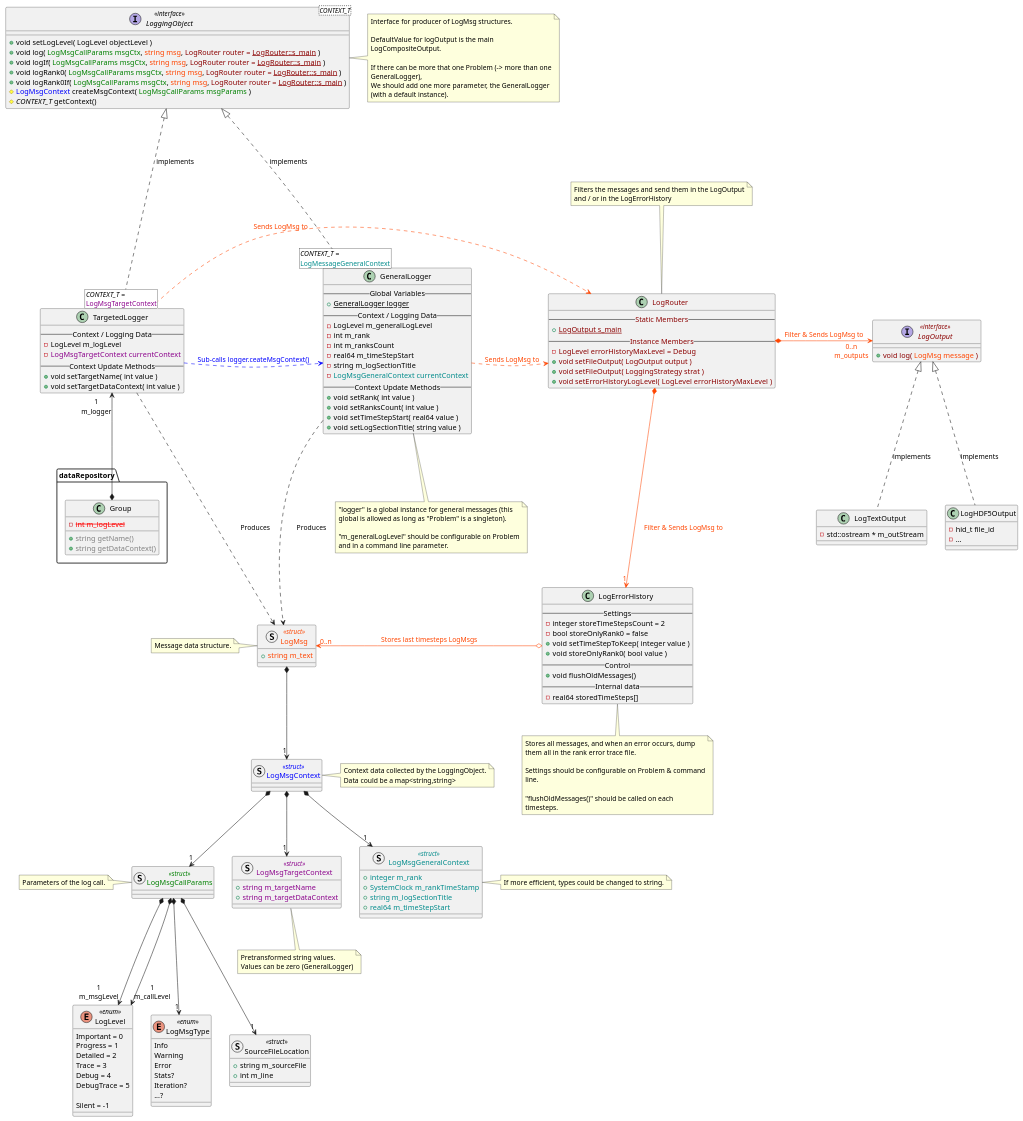
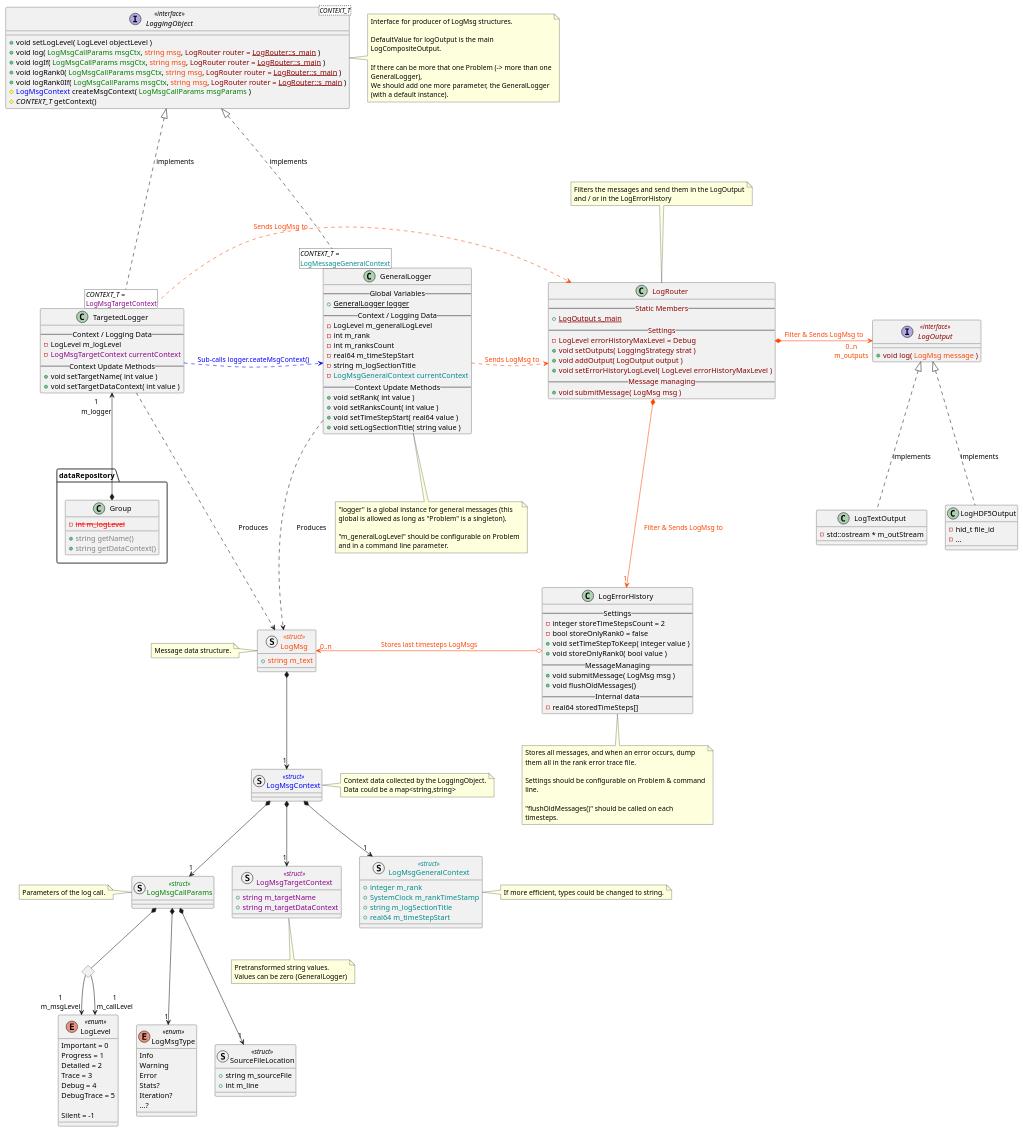
Before and after one commit to GEOS-DEV/GEOS: the diagram in src/coreComponents/common/Logger_templatedLoggingObject.plantuml, drawn with PlantUML.

Commit message:
architecture : adding router message submitting

```diff
--- a/src/coreComponents/common/Logger_templatedLoggingObject.plantuml
+++ b/src/coreComponents/common/Logger_templatedLoggingObject.plantuml
@@ -67,9 +67,10 @@
 
 LogMsgCallParams *---> "1" SourceFileLocation
 LogMsgCallParams *---> "1" LogMsgType
-' LogMsgCallParams *--> "1 m_callLevel\n1 m_msgLevel" LogLevel
-LogMsgCallParams *-d--> "1\nm_msgLevel" LogLevel
-LogMsgCallParams *-d--> "1\nm_callLevel" LogLevel
+<> LogMsgCallParamsLogLevels
+LogMsgCallParams *-- LogMsgCallParamsLogLevels
+LogMsgCallParamsLogLevels --> "1\nm_msgLevel" LogLevel
+LogMsgCallParamsLogLevels --> "1\nm_callLevel" LogLevel
 LogMsgContext *--> "1" LogMsgCallParams
 LogMsgContext *--> "1" LogMsgGeneralContext
 LogMsgContext *--> "1" LogMsgTargetContext
@@ -80,12 +81,6 @@
 
 LogLevel ---r[hidden]- LogMsgType
 LogMsgType ---r[hidden]- SourceFileLocation
-' SourceFileLocation --r[hidden]- LogLevel
-' LogLevel --r[hidden]- LogMsgType
-' LogMsgType --r[hidden]- LogLevel
-' LogLevel --r[hidden]- SourceFileLocation
-' SourceFileLocation --r[hidden]- LogMsgType
-' LogMsgType --r[hidden]- LogLevel
 
 
 ' --------------------------
@@ -115,7 +110,8 @@
   - bool storeOnlyRank0 = false
   + void setTimeStepToKeep( integer value )
   + void storeOnlyRank0( bool value )
-  -- Control --
+  -- MessageManaging --
+  + void submitMessage( LogMsg msg )
   + void flushOldMessages()
   -- Internal data --
   - real64 storedTimeSteps[]
@@ -134,11 +130,13 @@
 class LogRouter #text:DarkRed {
   -- Static Members --
   + {static} LogOutput s_main
-  -- Instance Members --
+  -- Settings --
   - LogLevel errorHistoryMaxLevel = Debug
-  + void setFileOutput( LogOutput output )
-  + void setFileOutput( LoggingStrategy strat )
+  + void setOutputs( LoggingStrategy strat )
+  + void addOutput( LogOutput output )
   + void setErrorHistoryLogLevel( LogLevel errorHistoryMaxLevel )
+  -- Message managing --
+  + void submitMessage( LogMsg msg )
 }
 note top: Filters the messages and send them in the LogOutput and / or in the LogErrorHistory
 LogRouter *-r-> "0..n\nm_outputs" LogOutput #OrangeRed;text:OrangeRed : "Filter & Sends LogMsg to"
```
